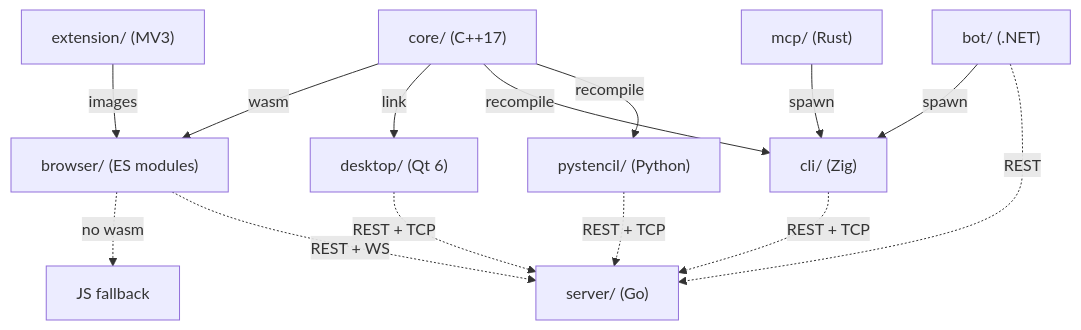
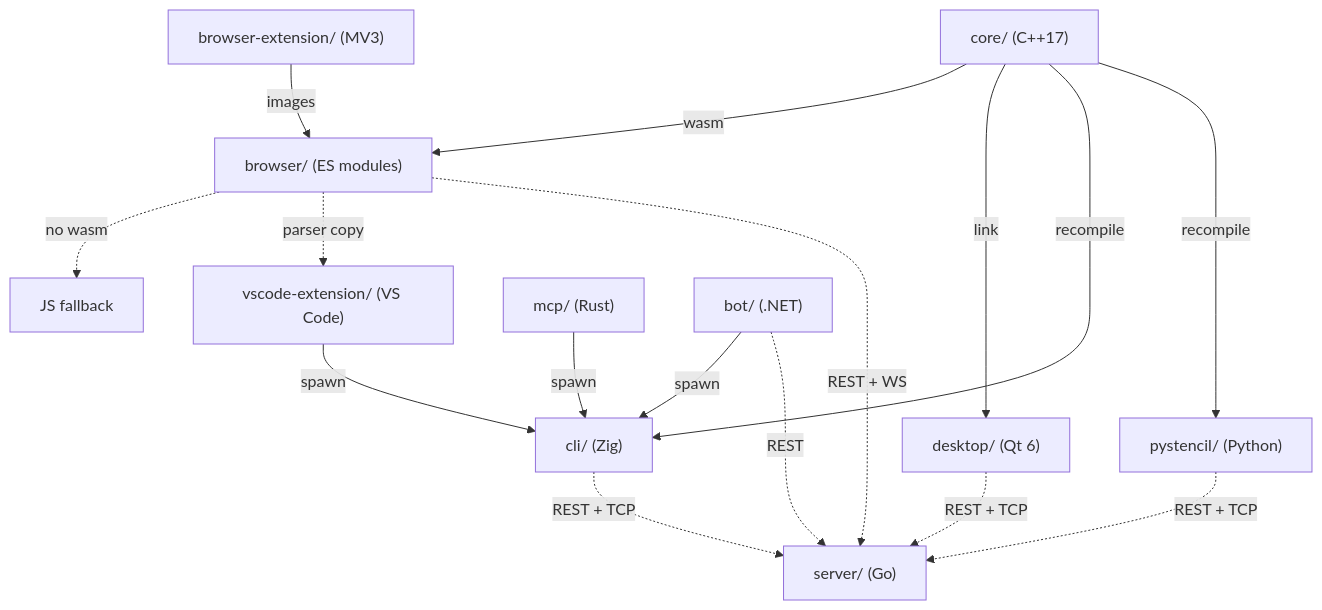
The diagram in ARCHITECTURE.md (andrew1407/stencil), drawn with Mermaid before and after one commit. The commit also changed other lines of this file and 1001 other files, not shown here.

First line of the commit message:
Add the .stc script language, from the core engine to a VS Code extension (#2)

````diff
--- a/ARCHITECTURE.md
+++ b/ARCHITECTURE.md
@@ -13,27 +13,30 @@
 ```mermaid
 graph TD
     CORE["core/ (C++17)"]
     WEB["browser/ (ES modules)"]
     DESK["desktop/ (Qt 6)"]
     CLI["cli/ (Zig)"]
     PY["pystencil/ (Python)"]
     FB["JS fallback"]
-    EXT["extension/ (MV3)"]
+    EXT["browser-extension/ (MV3)"]
+    VSC["vscode-extension/ (VS Code)"]
     MCP["mcp/ (Rust)"]
     BOT["bot/ (.NET)"]
     SRV["server/ (Go)"]
 
     CORE -->|"wasm"| WEB
     CORE -->|"link"| DESK
     CORE -->|"recompile"| CLI
     CORE -->|"recompile"| PY
     WEB -.->|"no wasm"| FB
     EXT -->|"images"| WEB
+    WEB -.->|"parser copy"| VSC
+    VSC -->|"spawn"| CLI
     MCP -->|"spawn"| CLI
     BOT -->|"spawn"| CLI
     WEB -.->|"REST + WS"| SRV
     DESK -.->|"REST + TCP"| SRV
     CLI -.->|"REST + TCP"| SRV
     PY -.->|"REST + TCP"| SRV
     BOT -.->|"REST"| SRV
 ```
````
